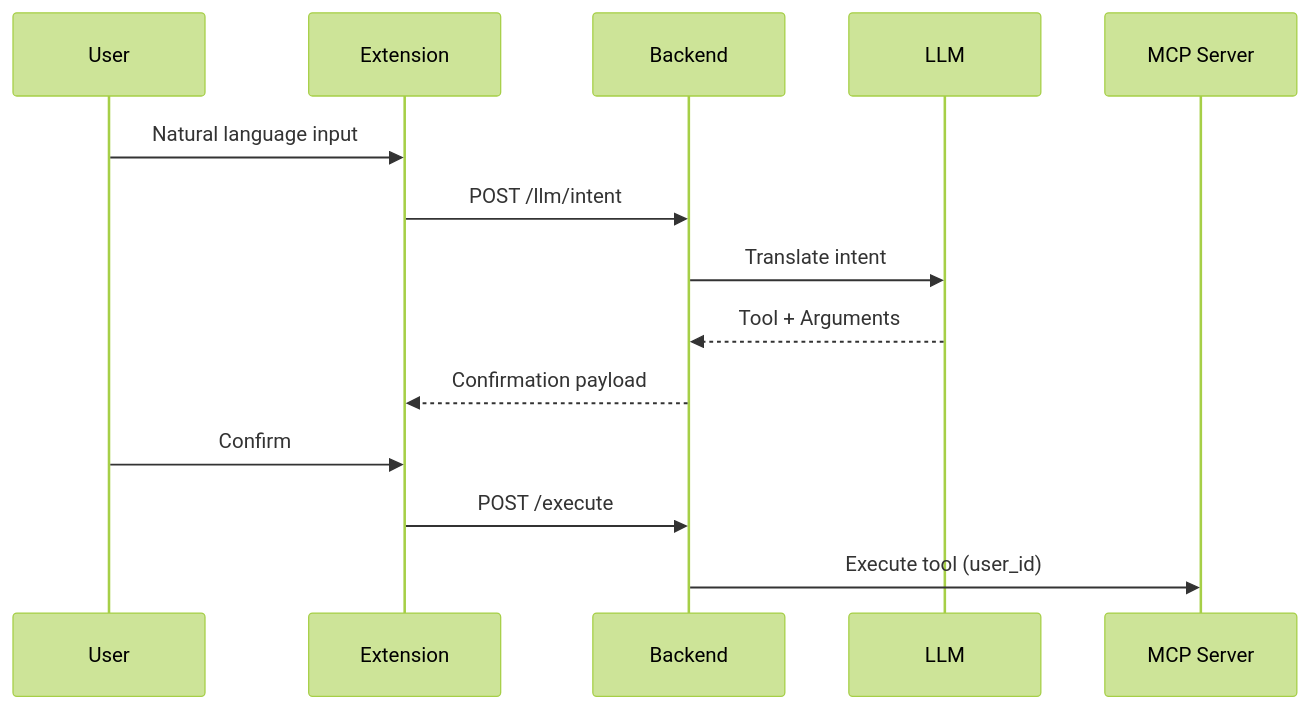
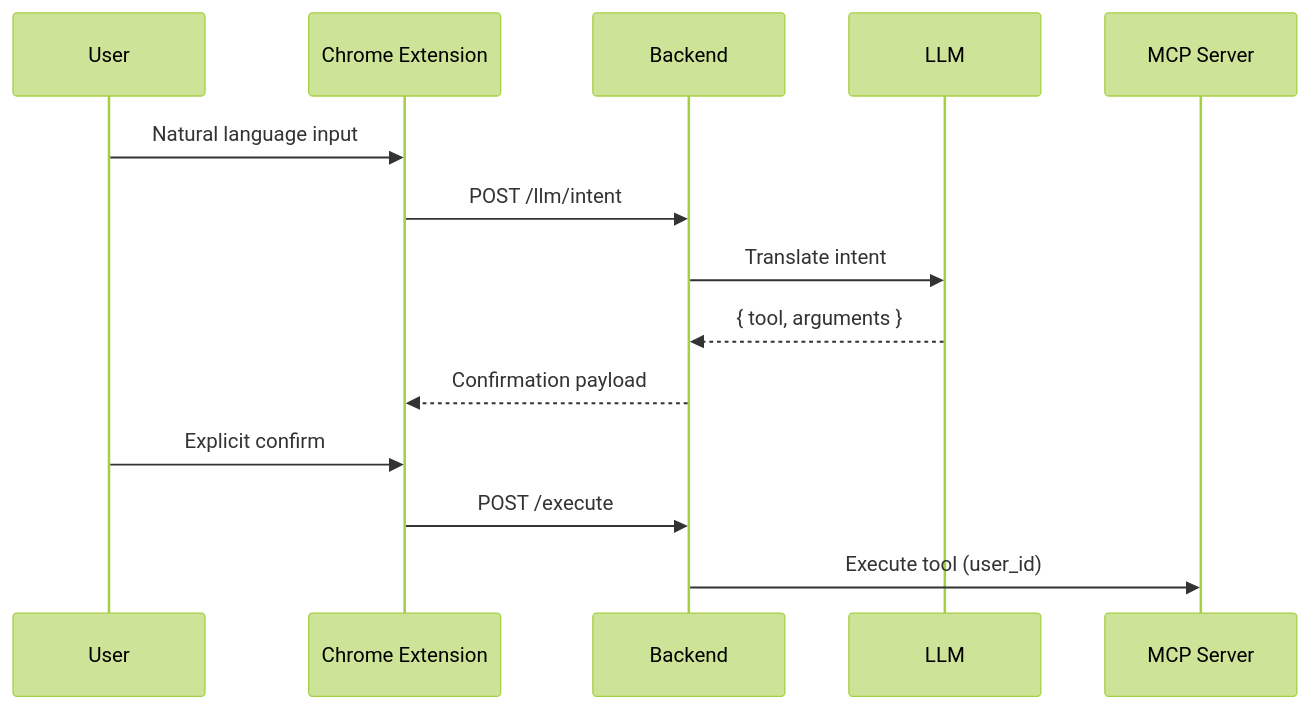
One commit to Saksham-hacked/expense-manager changed the second of 2 diagrams in README.md. Above: the diagram before and after it, drawn with Mermaid (forest theme). The commit also changed other lines of this file, not shown here.

````diff
--- a/README.md
+++ b/README.md
@@ -400,17 +300,17 @@
 ```mermaid
 sequenceDiagram
     participant U as User
-    participant CE as Extension
+    participant CE as Chrome Extension
     participant BO as Backend
     participant LLM as LLM
     participant MCP as MCP Server
 
     U->>CE: Natural language input
     CE->>BO: POST /llm/intent
     BO->>LLM: Translate intent
-    LLM-->>BO: Tool + Arguments
+    LLM-->>BO: { tool, arguments }
     BO-->>CE: Confirmation payload
-    U->>CE: Confirm
+    U->>CE: Explicit confirm
     CE->>BO: POST /execute
     BO->>MCP: Execute tool (user_id)
 ```
````
